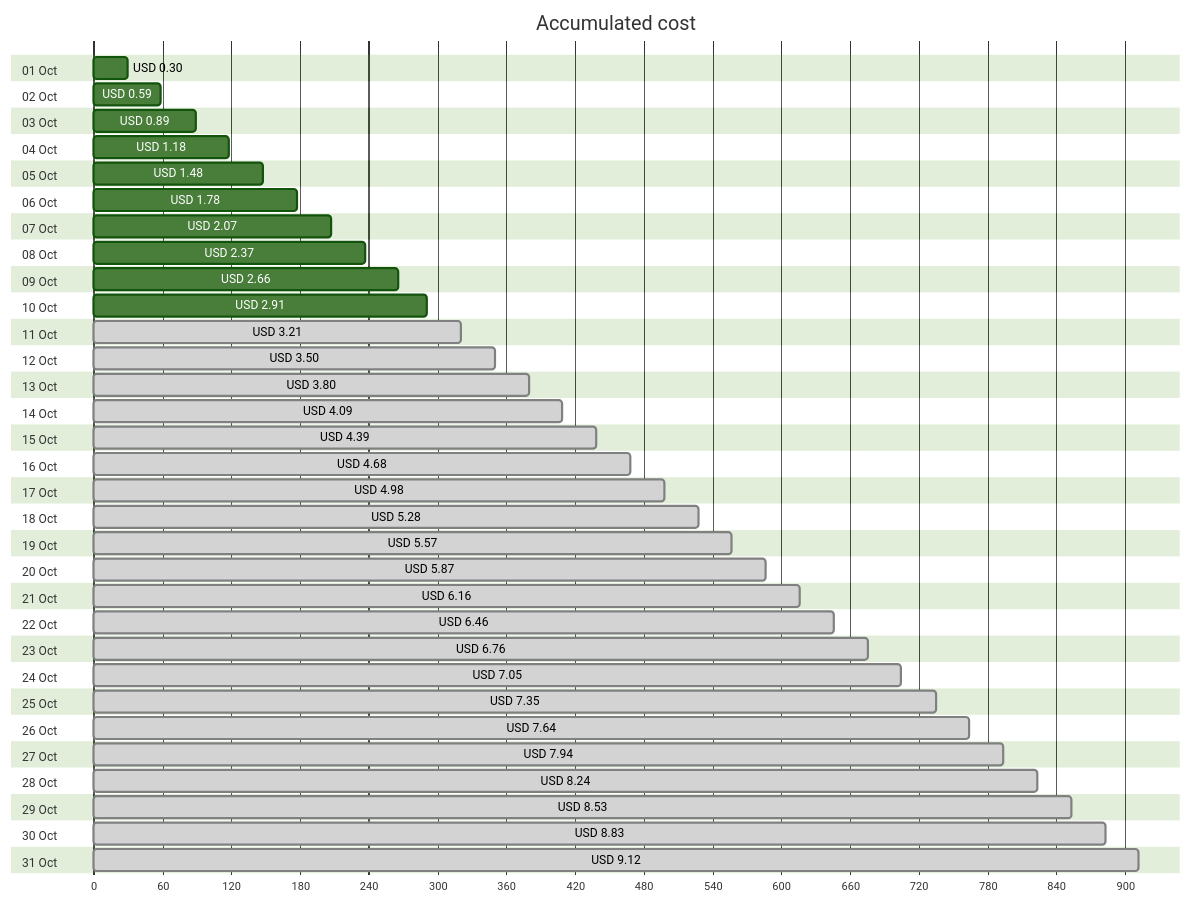
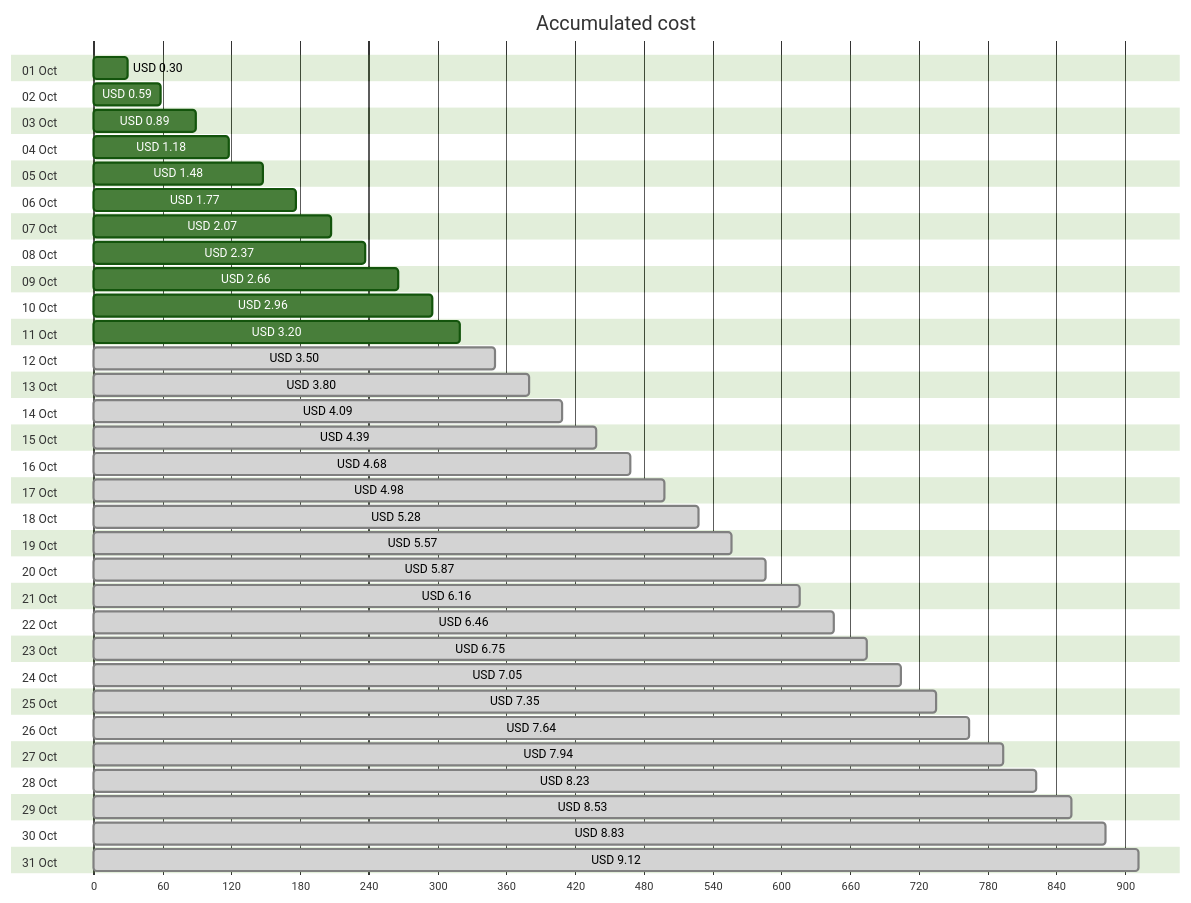
One commit to jpfulton/azure-personal-reports changed the first of 4 diagrams in cost-reports/personal-site/personal-site.md. Above: the diagram before and after it, drawn with Mermaid (forest theme). The commit also changed other lines of this file and 7 other files, not shown here.

````diff
--- a/cost-reports/personal-site/personal-site.md
+++ b/cost-reports/personal-site/personal-site.md
@@ -20,68 +20,68 @@
 ```mermaid
 gantt
    title Accumulated cost
    dateFormat  X
    axisFormat %s
    section 01 Oct
    USD 0.30 :0, 30
    section 02 Oct
    USD 0.59 :0, 59
    section 03 Oct
    USD 0.89 :0, 89
    section 04 Oct
    USD 1.18 :0, 118
    section 05 Oct
    USD 1.48 :0, 148
    section 06 Oct
-   USD 1.78 :0, 178
+   USD 1.77 :0, 177
    section 07 Oct
    USD 2.07 :0, 207
    section 08 Oct
    USD 2.37 :0, 237
    section 09 Oct
    USD 2.66 :0, 266
    section 10 Oct
-   USD 2.91 :0, 291
+   USD 2.96 :0, 296
    section 11 Oct
-   USD 3.21 : done, 0, 321
+   USD 3.20 :0, 320
    section 12 Oct
    USD 3.50 : done, 0, 350
    section 13 Oct
    USD 3.80 : done, 0, 380
    section 14 Oct
    USD 4.09 : done, 0, 409
    section 15 Oct
    USD 4.39 : done, 0, 439
    section 16 Oct
    USD 4.68 : done, 0, 468
    section 17 Oct
    USD 4.98 : done, 0, 498
    section 18 Oct
    USD 5.28 : done, 0, 528
    section 19 Oct
    USD 5.57 : done, 0, 557
    section 20 Oct
    USD 5.87 : done, 0, 587
    section 21 Oct
    USD 6.16 : done, 0, 616
    section 22 Oct
    USD 6.46 : done, 0, 646
    section 23 Oct
-   USD 6.76 : done, 0, 676
+   USD 6.75 : done, 0, 675
    section 24 Oct
    USD 7.05 : done, 0, 705
    section 25 Oct
    USD 7.35 : done, 0, 735
    section 26 Oct
    USD 7.64 : done, 0, 764
    section 27 Oct
    USD 7.94 : done, 0, 794
    section 28 Oct
-   USD 8.24 : done, 0, 824
+   USD 8.23 : done, 0, 823
    section 29 Oct
    USD 8.53 : done, 0, 853
    section 30 Oct
    USD 8.83 : done, 0, 883
    section 31 Oct
    USD 9.12 : done, 0, 912
 ```
````
